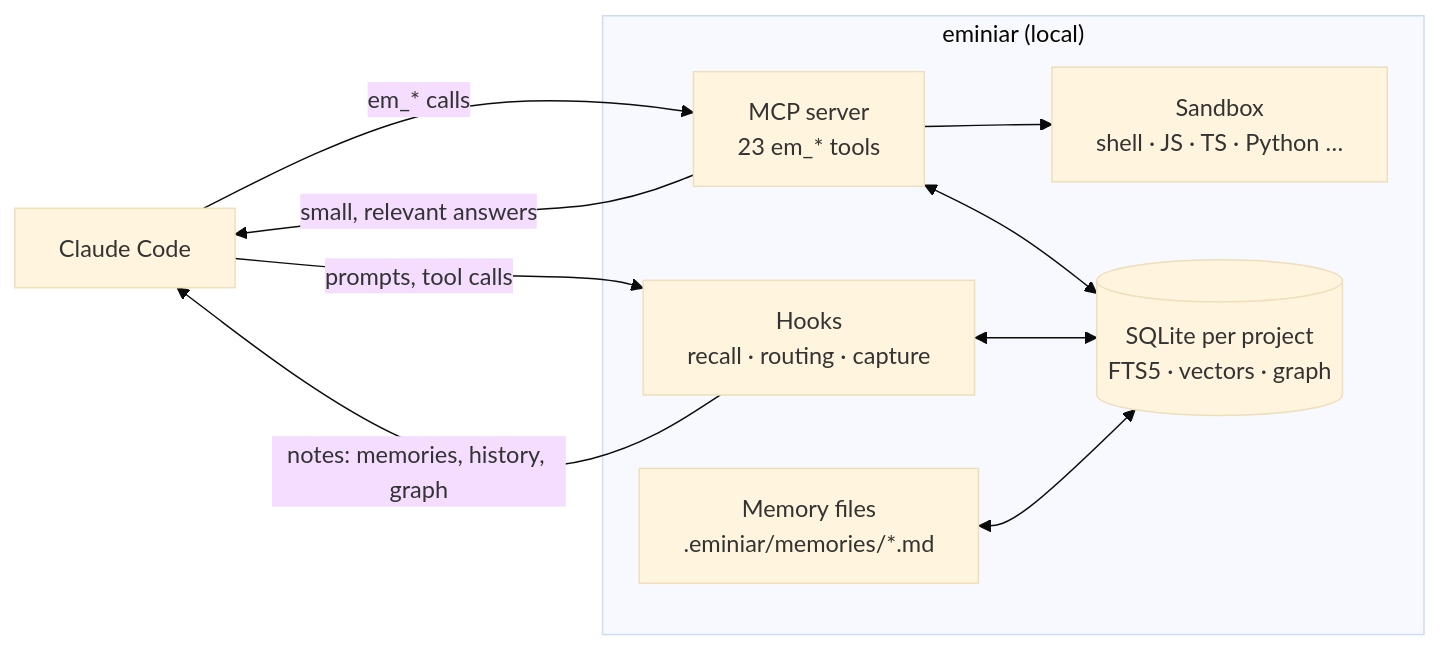
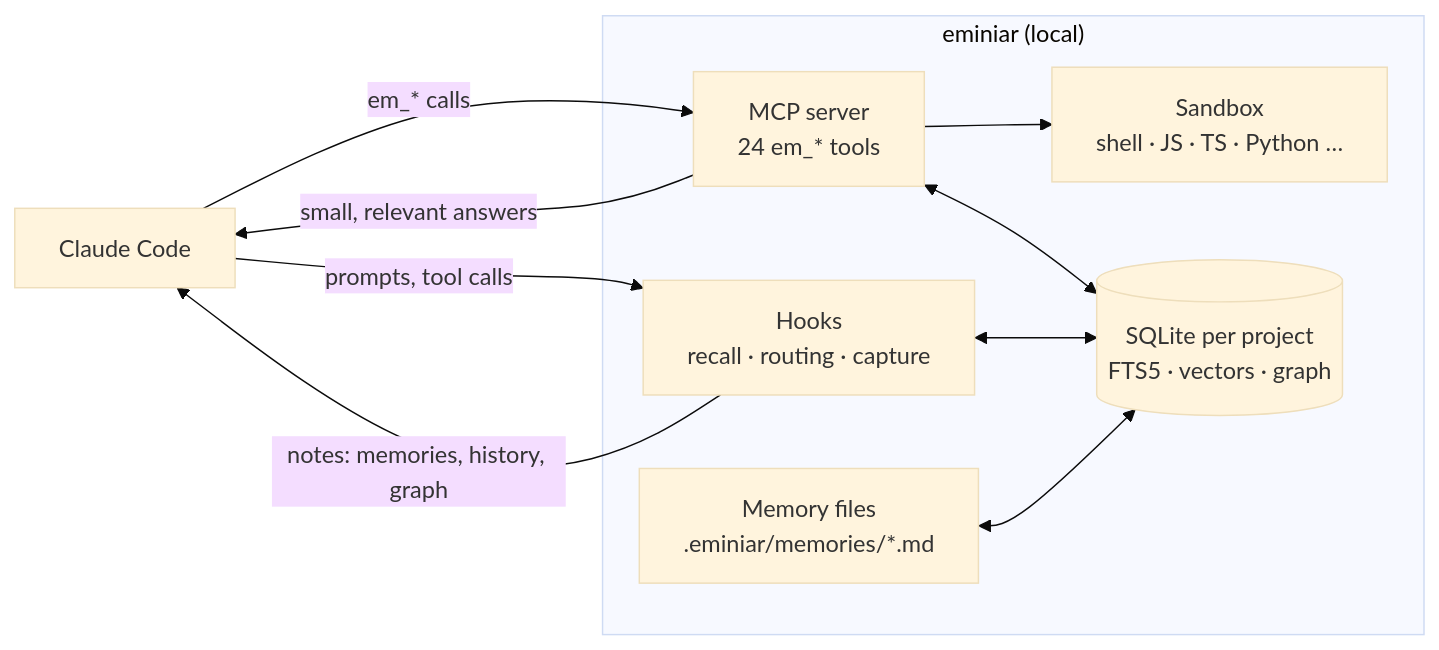
The diagram in README.md (rydn/eminiar), drawn with Mermaid (base theme) before and after one commit. The commit also changed other lines of this file and 50 other files, not shown here.

````diff
--- a/README.md
+++ b/README.md
@@ -198,19 +207,19 @@
 ```mermaid
 flowchart LR
     CC["Claude Code"]
     subgraph eminiar ["eminiar (local)"]
         H["Hooks<br/>recall · routing · capture"]
-        S["MCP server<br/>23 em_* tools"]
+        S["MCP server<br/>24 em_* tools"]
         SB["Sandbox<br/>shell · JS · TS · Python …"]
         DB[("SQLite per project<br/>FTS5 · vectors · graph")]
         M["Memory files<br/>.eminiar/memories/*.md"]
     end
     CC -->|prompts, tool calls| H
     H -->|notes: memories, history, graph| CC
     CC -->|em_* calls| S
     S -->|small, relevant answers| CC
     S --> SB
     S <--> DB
     H <--> DB
     M <--> DB
 ```
````
